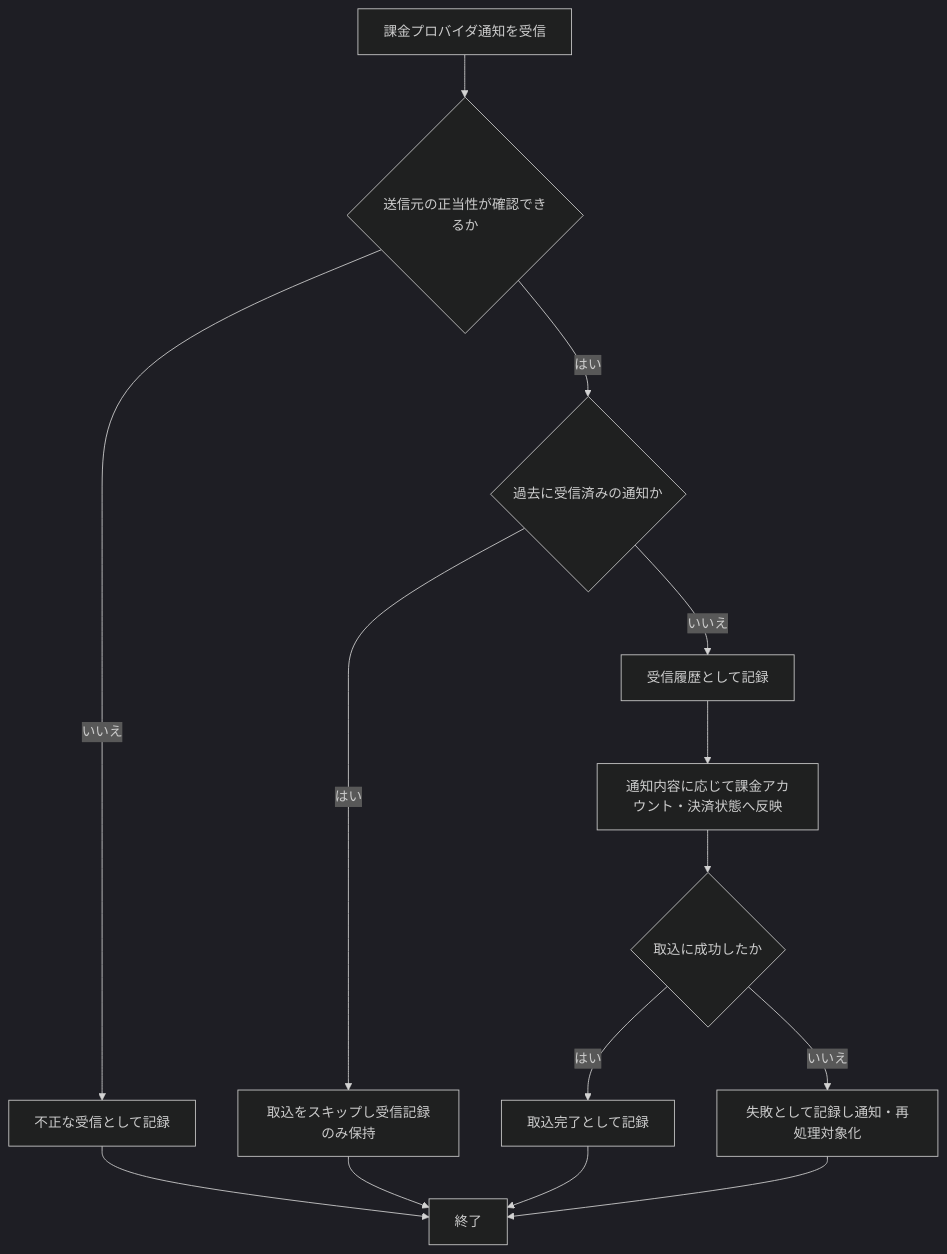
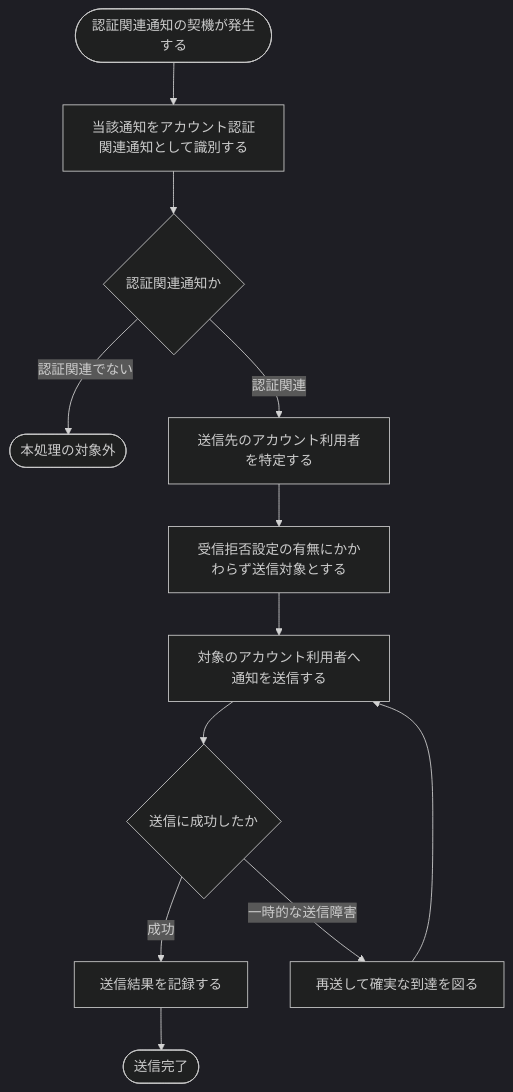
The diagram in 02_basic_design/02_backend/01_system/SYS-006.md (sikakou54/open-faq), drawn with Mermaid (dark theme) before and after one commit. The commit also changed other lines of this file and 395 other files, not shown here.

````diff
--- a/02_basic_design/02_backend/01_system/SYS-006.md
+++ b/02_basic_design/02_backend/01_system/SYS-006.md
@@ -29,16 +27,14 @@
 ```mermaid
 flowchart TB
-  A[課金プロバイダ通知を受信] --> B{送信元の正当性が確認できるか}
-  B -- いいえ --> C[不正な受信として記録]
-  C --> Z[終了]
-  B -- はい --> D{過去に受信済みの通知か}
-  D -- はい --> E[取込をスキップし受信記録のみ保持]
-  E --> Z
-  D -- いいえ --> F[受信履歴として記録]
-  F --> G[通知内容に応じて課金アカウント・決済状態へ反映]
-  G --> H{取込に成功したか}
-  H -- はい --> I[取込完了として記録]
-  I --> Z
-  H -- いいえ --> J[失敗として記録し通知・再処理対象化]
-  J --> Z
+  A([認証関連通知の契機が発生する]) --> B[当該通知をアカウント認証関連通知として識別する]
+  B --> C{認証関連通知か}
+  C -->|認証関連でない| Z([本処理の対象外])
+  C -->|認証関連| D[送信先のアカウント利用者を特定する]
+  D --> E[受信拒否設定の有無にかかわらず送信対象とする]
+  E --> F[対象のアカウント利用者へ通知を送信する]
+  F --> G{送信に成功したか}
+  G -->|成功| H[送信結果を記録する]
+  G -->|一時的な送信障害| I[再送して確実な到達を図る]
+  I --> F
+  H --> J([送信完了])
 ```
````
